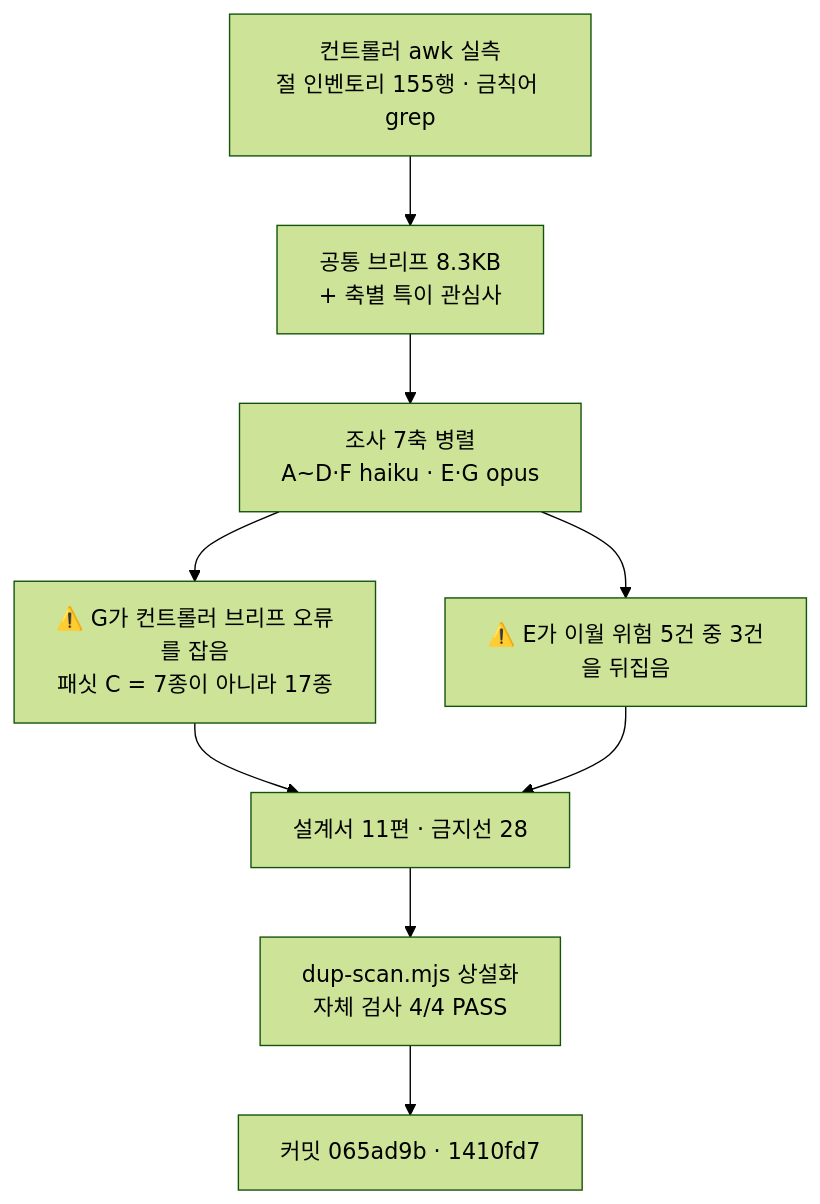
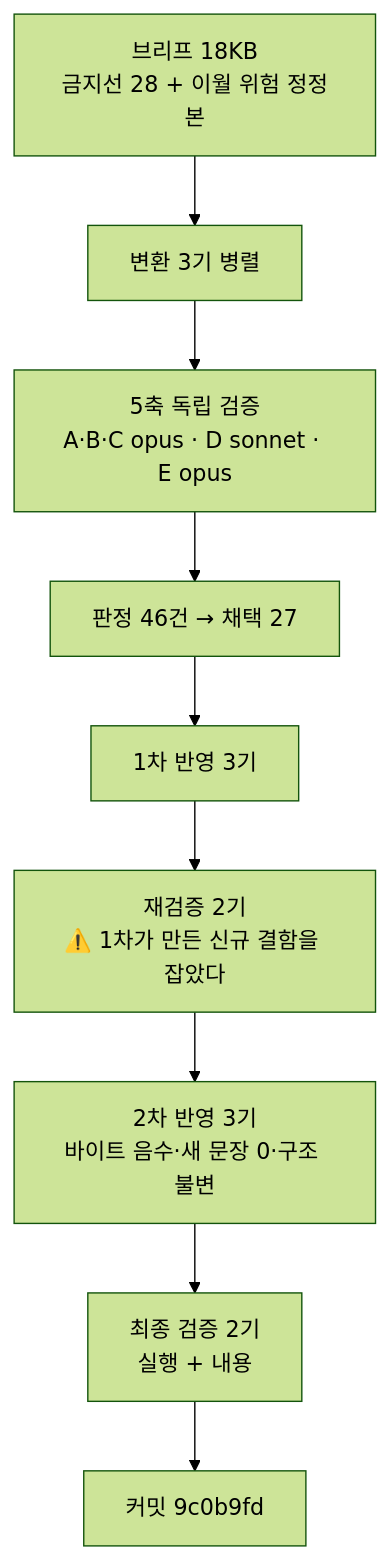
One commit to withwooyong/withwooyong.github.io changed the diagram in HANDOFF.md. Above: the diagram before and after it, drawn with Mermaid (forest theme). The commit also changed other lines of this file, not shown here.

````diff
--- a/HANDOFF.md
+++ b/HANDOFF.md
@@ -17,11 +16,11 @@
 ```mermaid
 flowchart TD
-    M["컨트롤러 awk 실측<br/>절 인벤토리 155행 · 금칙어 grep"] --> BR["공통 브리프 8.3KB<br/>+ 축별 특이 관심사"]
-    BR --> S["조사 7축 병렬<br/>A~D·F haiku · E·G opus"]
-    S --> X["⚠️ G가 컨트롤러 브리프 오류를 잡음<br/>패싯 C = 7종이 아니라 17종"]
-    S --> Y["⚠️ E가 이월 위험 5건 중 3건을 뒤집음"]
-    X --> P["설계서 11편 · 금지선 28"]
-    Y --> P
-    P --> T["dup-scan.mjs 상설화<br/>자체 검사 4/4 PASS"]
-    T --> G2["커밋 065ad9b · 1410fd7"]
+    B["브리프 18KB<br/>금지선 28 + 이월 위험 정정본"] --> C["변환 3기 병렬"]
+    C --> V["5축 독립 검증<br/>A·B·C opus · D sonnet · E opus"]
+    V --> J["판정 46건 → 채택 27"]
+    J --> F1["1차 반영 3기"]
+    F1 --> R["재검증 2기<br/>⚠️ 1차가 만든 신규 결함을 잡았다"]
+    R --> F2["2차 반영 3기<br/>바이트 음수·새 문장 0·구조 불변"]
+    F2 --> FV["최종 검증 2기<br/>실행 + 내용"]
+    FV --> CM["커밋 9c0b9fd"]
 ```
````
